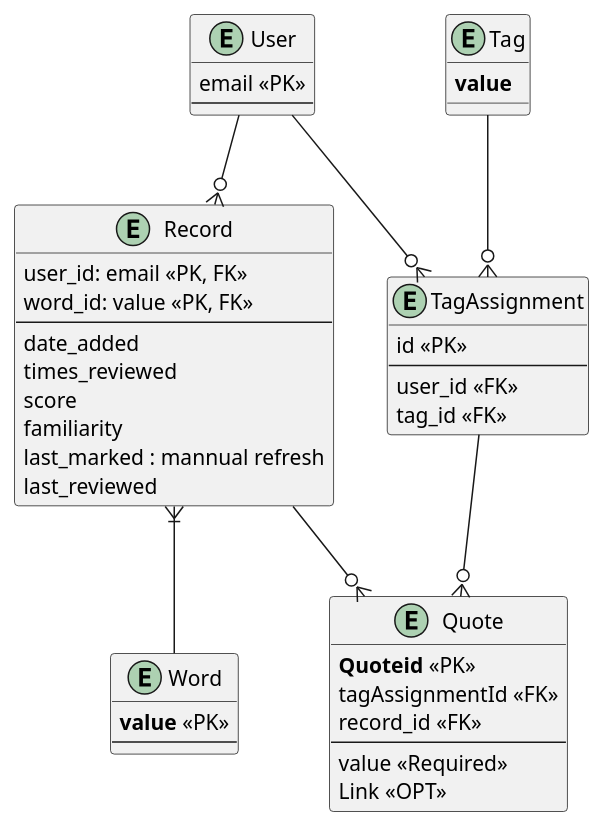
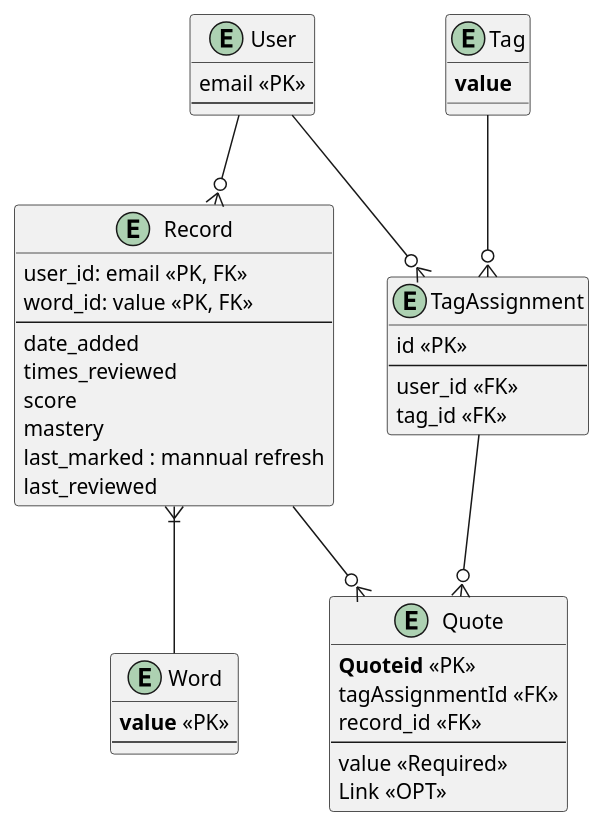
One commit to wenhaoy-0428/Eng-Memo changed the second of 2 diagrams in docs/data.puml. Above: the diagram before and after it, drawn with PlantUML. The commit also changed other lines of this file and 11 other files, not shown here.

```diff
--- a/docs/data.puml
+++ b/docs/data.puml
@@ -83,64 +83,64 @@
 @startuml
 
 entity User {
     email <<PK>>
     --
 } 
 
 entity Record {
     user_id: email <<PK, FK>>
     word_id: value <<PK, FK>>
     --
     date_added
     times_reviewed
     score
-    familiarity
+    mastery
     last_marked : mannual refresh
     last_reviewed
 }
 
 
 entity Word {
     **value** <<PK>>
     --
 }
 
 entity TagAssignment {
     id <<PK>>
     --
     user_id <<FK>>
     tag_id <<FK>>
 }
 
 
 entity Tag {
     **value**
 }
 
 entity Quote {
     **Quoteid** <<PK>>
     tagAssignmentId <<FK>>
     record_id <<FK>>
     --
     value <<Required>>
     Link <<OPT>>
 }
 
 
 
 User --o{ Record
 
 Record }|-- Word
 
 
 Record --o{ Quote
 
 TagAssignment --o{ Quote
 
 User --o{ TagAssignment
 
 Tag --o{ TagAssignment
 
 
 
 @enduml
```
